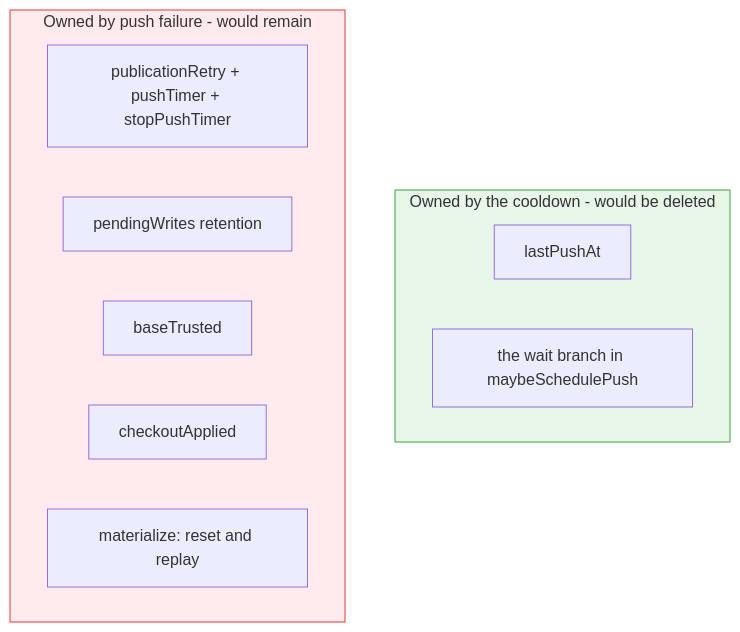
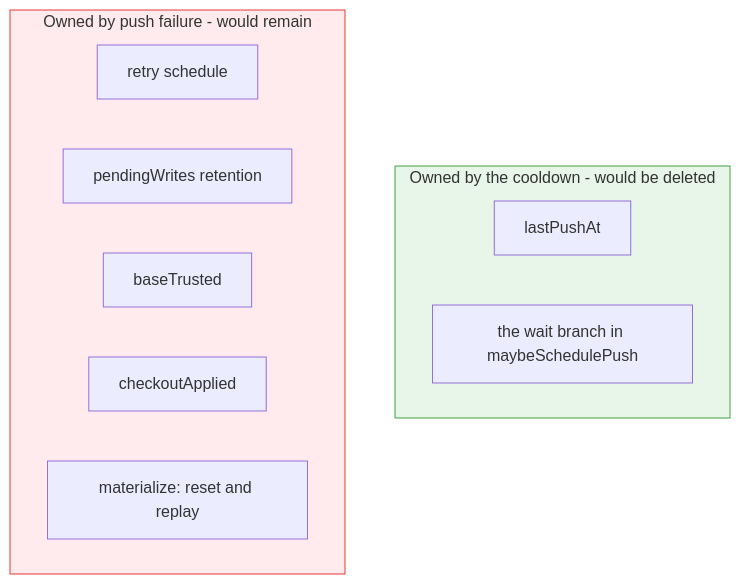
The third of 4 diagrams in docs/design/push-cooldown.md (ConfigButler/gitops-reverser), drawn with Mermaid before and after one commit. The commit also changed other lines of this file and 14 other files, not shown here.

First line of the commit message:
refactor(git): one retry schedule for everything the branch worker still owes

````diff
--- a/docs/design/push-cooldown.md
+++ b/docs/design/push-cooldown.md
@@ -157,18 +157,18 @@
 ```mermaid
 flowchart TD
     subgraph COOLDOWN["Owned by the cooldown - would be deleted"]
         LPA["lastPushAt"]
         MSP["the wait branch in maybeSchedulePush"]
     end
 
     subgraph FAILURE["Owned by push failure - would remain"]
-        PT["publicationRetry + pushTimer + stopPushTimer"]
+        PT["retry schedule"]
         PW["pendingWrites retention"]
         BT["baseTrusted"]
         CA["checkoutApplied"]
         RE["materialize: reset and replay"]
     end
 
     style COOLDOWN fill:#e8f5e9,stroke:#43a047
     style FAILURE fill:#ffebee,stroke:#e53935
 ```
````
